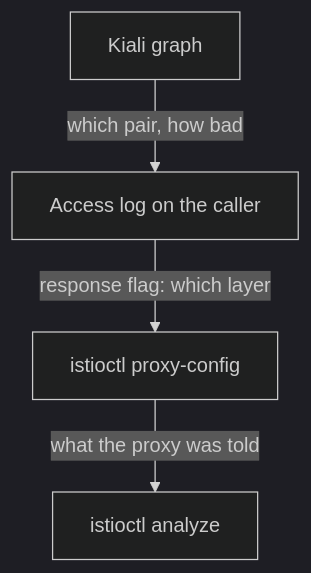
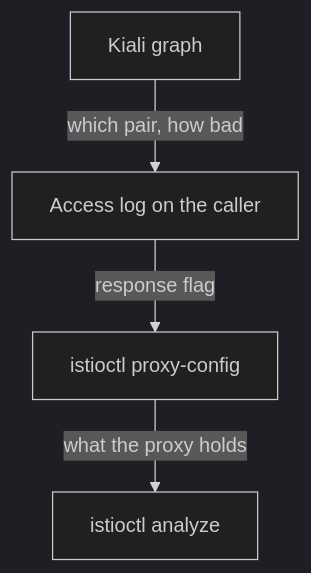
One commit to astrona-io/ATS016 changed the diagram in sections/section-060/module-01/course-03-validations-and-cross-checking.md. Above: the diagram before and after it, drawn with Mermaid (dark theme). The commit also changed other lines of this file and 41 other files, not shown here.

````diff
--- a/sections/section-060/module-01/course-03-validations-and-cross-checking.md
+++ b/sections/section-060/module-01/course-03-validations-and-cross-checking.md
@@ -150,6 +134,6 @@
 ```mermaid
 flowchart TB
     G["Kiali graph"] -->|"which pair, how bad"| L["Access log on the caller"]
-    L -->|"response flag: which layer"| C["istioctl proxy-config"]
-    C -->|"what the proxy was told"| A["istioctl analyze"]
+    L -->|"response flag"| C["istioctl proxy-config"]
+    C -->|"what the proxy holds"| A["istioctl analyze"]
 ```
````
